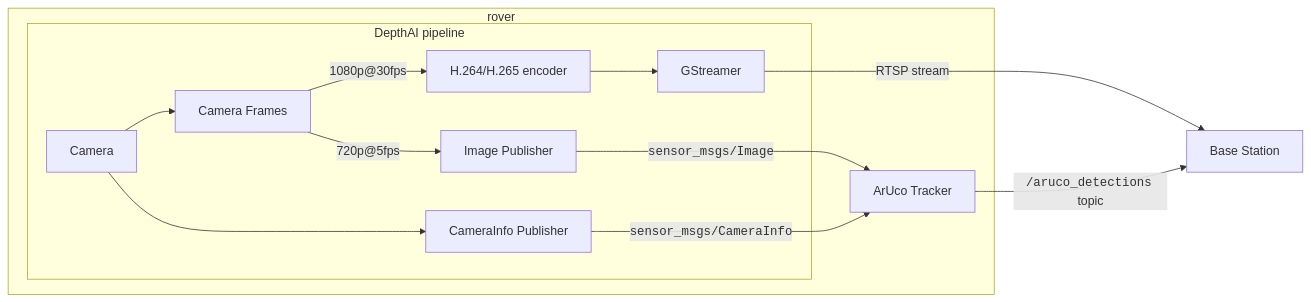
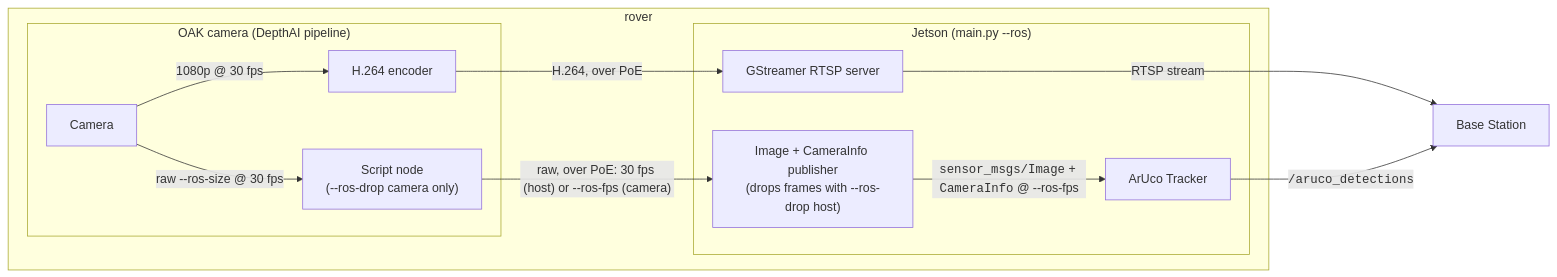
One commit to space-concordia-robotics/robot-repo-ros2 changed the diagram in luxonis_scripts/aruco_image_bridge/README.md. Above: the diagram before and after it, drawn with Mermaid. The commit also changed other lines of this file and 6 other files, not shown here.

````diff
--- a/luxonis_scripts/aruco_image_bridge/README.md
+++ b/luxonis_scripts/aruco_image_bridge/README.md
@@ -5,31 +5,30 @@
 ```mermaid
 flowchart LR
     subgraph rover
-        subgraph depthai-pipeline["`DepthAI pipeline`"]
+        subgraph oak["OAK camera (DepthAI pipeline)"]
             cam[Camera]
-            frames[Camera Frames]
-            encoder[H.264/H.265 encoder]
-            image-publisher[Image Publisher]
-            camerainfo-publisher[CameraInfo Publisher]
-            gstreamer[GStreamer]
+            encoder[H.264 encoder]
+            dropper["Script node<br/>(--ros-drop camera only)"]
         end
 
-        aruco-tracker[ArUco Tracker]
+        subgraph jetson["Jetson (main.py --ros)"]
+            gstreamer[GStreamer RTSP server]
+            image-publisher["Image + CameraInfo publisher<br/>(drops frames with --ros-drop host)"]
+            aruco-tracker[ArUco Tracker]
+        end
     end
 
     base-station[Base Station]
 
     %% video stream
-    cam --> frames
-    frames -->|"1080p@30fps"| encoder
-    encoder --> gstreamer
+    cam -->|"1080p @ 30 fps"| encoder
+    encoder -->|"H.264, over PoE"| gstreamer
     gstreamer -->|RTSP stream| base-station
 
     %% aruco tracker
-    frames -->|"720p@5fps"| image-publisher
-    image-publisher --->|<code>sensor_msgs/Image<code>| aruco-tracker
-    cam --> camerainfo-publisher
-    camerainfo-publisher --->|<code>sensor_msgs/CameraInfo<code>| aruco-tracker
-    aruco-tracker -->|"`<code>/aruco_detections</code> topic`"| base-station
+    cam -->|"raw --ros-size @ 30 fps"| dropper
+    dropper -->|"raw, over PoE: 30 fps (host) or --ros-fps (camera)"| image-publisher
+    image-publisher -->|"<code>sensor_msgs/Image</code> + <code>CameraInfo</code> @ --ros-fps"| aruco-tracker
+    aruco-tracker -->|"<code>/aruco_detections</code>"| base-station
 
 ```
````
